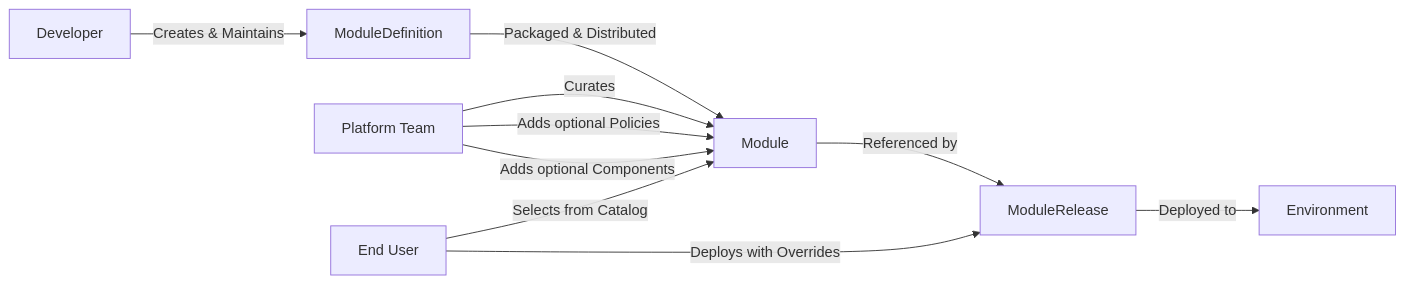
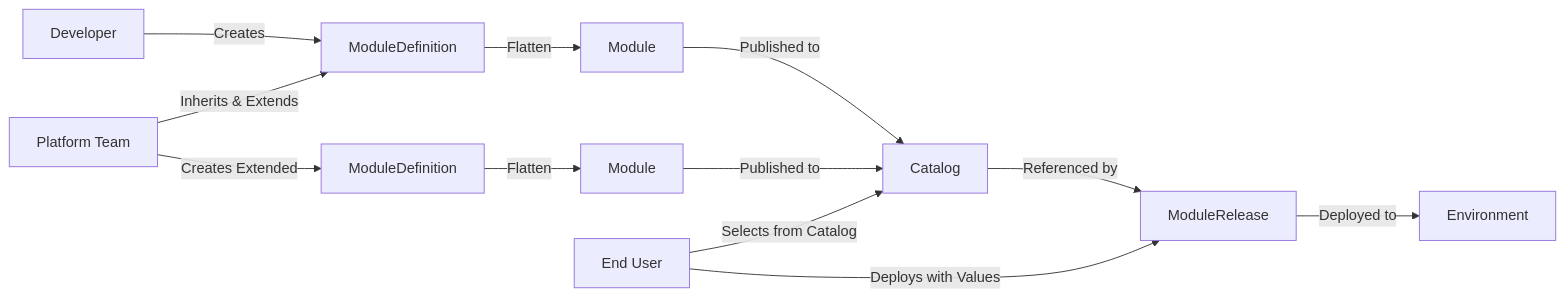
Before and after one commit to open-platform-model/opm: the second of 2 diagrams in docs/architecture.md, drawn with Mermaid. The commit also changed other lines of this file and 4 other files, not shown here.

````diff
--- a/docs/architecture.md
+++ b/docs/architecture.md
@@ -172,12 +267,14 @@
 ```mermaid
 graph LR
-    DEV[Developer] -->|Creates & Maintains| MD[ModuleDefinition]
-    MD[ModuleDefinition] -->|Packaged & Distributed| MOD[Module]
-    PLT[Platform Team] -->|Curates| MOD
-    PLT[Platform Team] -->|Adds optional Policies| MOD
-    PLT[Platform Team] -->|Adds optional Components| MOD
-    USR[End User] -->|Selects from Catalog| MOD
-    USR[End User] -->|Deploys with Overrides| MR[ModuleRelease]
-    MOD -->|Referenced by| MR[ModuleRelease]
+    DEV[Developer] -->|Creates| MD1[ModuleDefinition]
+    PLT[Platform Team] -->|Inherits & Extends| MD1
+    PLT -->|Creates Extended| MD2[ModuleDefinition]
+    MD1 -->|Flatten| MOD1[Module]
+    MD2 -->|Flatten| MOD2[Module]
+    MOD1 -->|Published to| CAT[Catalog]
+    MOD2 -->|Published to| CAT
+    USR[End User] -->|Selects from Catalog| CAT
+    CAT -->|Referenced by| MR[ModuleRelease]
+    USR -->|Deploys with Values| MR
     MR -->|Deployed to| ENV[Environment]
 ```
````
